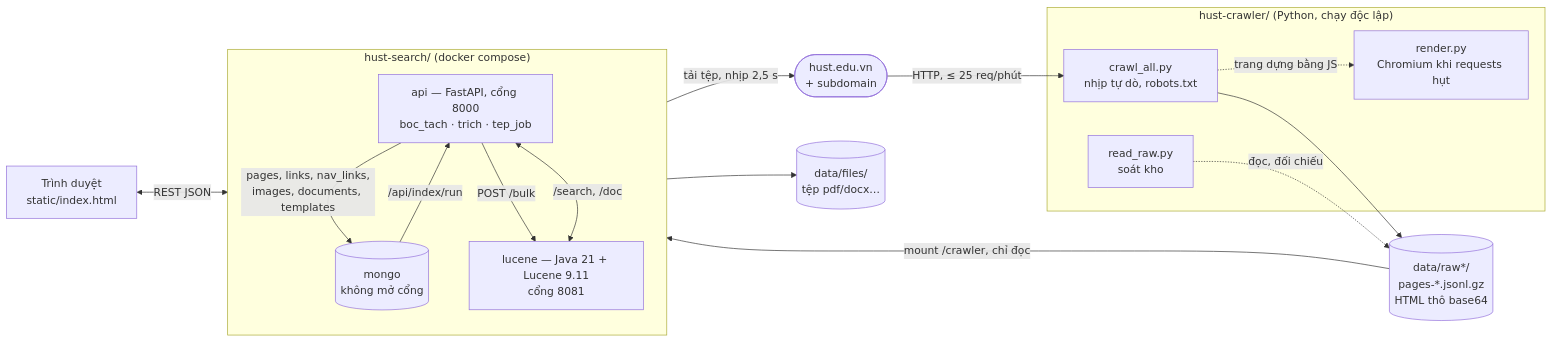
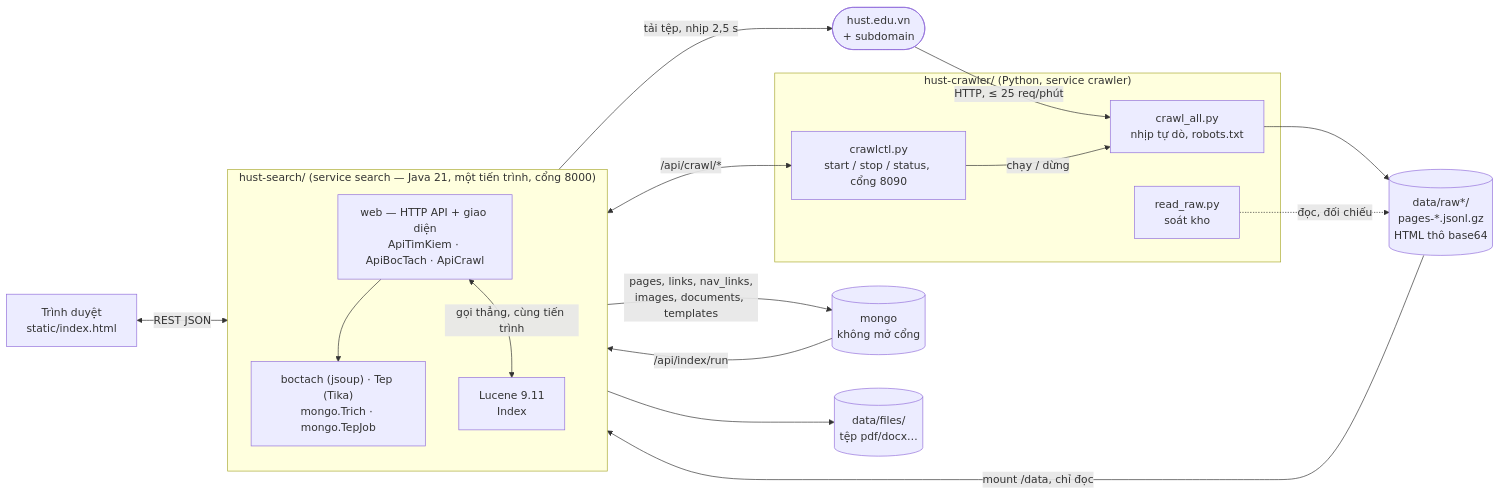
The first of 21 diagrams in BAO-CAO-KY-THUAT.md (nguyenpnguyen/di-project), drawn with Mermaid before and after one commit. The commit also changed other lines of this file and 369 other files, not shown here.

First line of the commit message:
HTTP API Java thay FastAPI, service crawler riêng, cắt chuyển sang bản Java

````diff
--- a/BAO-CAO-KY-THUAT.md
+++ b/BAO-CAO-KY-THUAT.md
@@ -31,35 +33,37 @@
 ```mermaid
 flowchart LR
     WEB(["hust.edu.vn<br/>+ subdomain"])
 
-    subgraph CR["hust-crawler/ (Python, chạy độc lập)"]
+    subgraph CR["hust-crawler/ (Python, service crawler)"]
         CA["crawl_all.py<br/>nhịp tự dò, robots.txt"]
-        RD["render.py<br/>Chromium khi requests hụt"]
+        CT["crawlctl.py<br/>start / stop / status, cổng 8090"]
         RR["read_raw.py<br/>soát kho"]
     end
 
     KHO[("data/raw*/<br/>pages-*.jsonl.gz<br/>HTML thô base64")]
 
-    subgraph ST["hust-search/ (docker compose)"]
+    subgraph ST["hust-search/ (service search — Java 21, một tiến trình, cổng 8000)"]
         direction TB
-        API["api — FastAPI, cổng 8000<br/>boc_tach · trich · tep_job"]
-        MG[("mongo<br/>không mở cổng")]
-        LC["lucene — Java 21 + Lucene 9.11<br/>cổng 8081"]
+        API["web — HTTP API + giao diện<br/>ApiTimKiem · ApiBocTach · ApiCrawl"]
+        BT["boctach (jsoup) · Tep (Tika)<br/>mongo.Trich · mongo.TepJob"]
+        LC["Lucene 9.11<br/>Index"]
     end
+    MG[("mongo<br/>không mở cổng")]
 
     UI["Trình duyệt<br/>static/index.html"]
     TEP[("data/files/<br/>tệp pdf/docx…")]
 
     WEB -->|"HTTP, ≤ 25 req/phút"| CA
-    CA -.->|"trang dựng bằng JS"| RD
+    CT -->|"chạy / dừng"| CA
     CA --> KHO
     RR -.->|"đọc, đối chiếu"| KHO
-    KHO -->|"mount /crawler, chỉ đọc"| API
-    API -->|"pages, links, nav_links,<br/>images, documents, templates"| MG
-    MG -->|"/api/index/run"| API
-    API -->|"POST /bulk"| LC
-    API -->|"tải tệp, nhịp 2,5 s"| WEB
-    API --> TEP
+    KHO -->|"mount /data, chỉ đọc"| BT
+    API --> BT
+    BT -->|"pages, links, nav_links,<br/>images, documents, templates"| MG
+    MG -->|"/api/index/run"| LC
+    API <-->|"/api/crawl/*"| CT
+    BT -->|"tải tệp, nhịp 2,5 s"| WEB
+    BT --> TEP
     UI <-->|"REST JSON"| API
-    API <-->|"/search, /doc"| LC
+    API <-->|"gọi thẳng, cùng tiến trình"| LC
 ```
````
